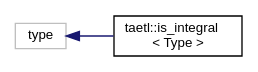
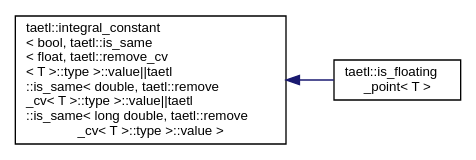
One commit to tobanteAudio/taetl changed the diagram in inherit_graph_19.dot. Above: the diagram before and after it, drawn with Graphviz. The commit also changed 168 other files, not shown here.

```diff
--- a/inherit_graph_19.dot
+++ b/inherit_graph_19.dot
@@ -1,9 +1,9 @@
 digraph "Graphical Class Hierarchy"
 {
   edge [fontname="Helvetica",fontsize="10",labelfontname="Helvetica",labelfontsize="10"];
   node [fontname="Helvetica",fontsize="10",shape=record];
   rankdir="LR";
-  Node4 [label="type",height=0.2,width=0.4,color="grey75", fillcolor="white", style="filled"];
-  Node4 -> Node0 [dir="back",color="midnightblue",fontsize="10",style="solid",fontname="Helvetica"];
-  Node0 [label="taetl::is_integral\l\< Type \>",height=0.2,width=0.4,color="black", fillcolor="white", style="filled",URL="$structtaetl_1_1is__integral.html"];
+  Node0 [label="taetl::integral_constant\l\< bool, taetl::is_same\l\< float, taetl::remove_cv\l\< T \>::type \>::value\|\|taetl\l::is_same\< double, taetl::remove\l_cv\< T \>::type \>::value\|\|taetl\l::is_same\< long double, taetl::remove\l_cv\< T \>::type \>::value \>",height=0.2,width=0.4,color="black", fillcolor="white", style="filled",URL="$structtaetl_1_1integral__constant.html"];
+  Node0 -> Node1 [dir="back",color="midnightblue",fontsize="10",style="solid",fontname="Helvetica"];
+  Node1 [label="taetl::is_floating\l_point\< T \>",height=0.2,width=0.4,color="black", fillcolor="white", style="filled",URL="$structtaetl_1_1is__floating__point.html"];
 }
```
